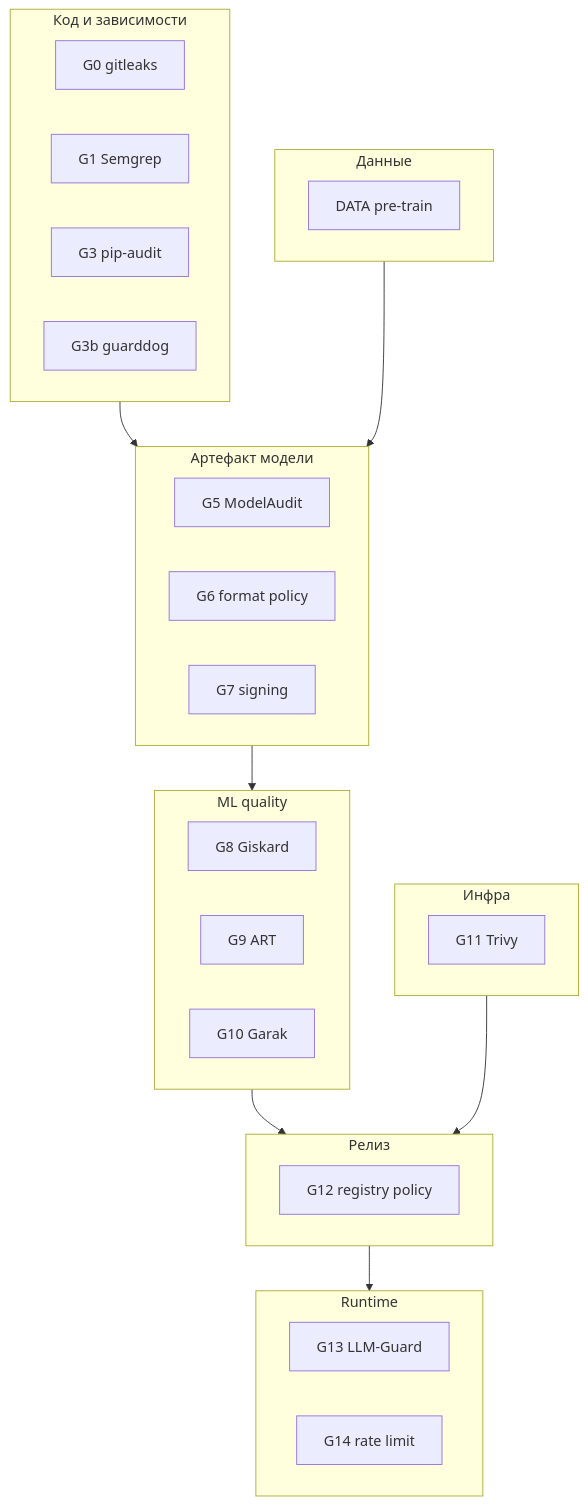
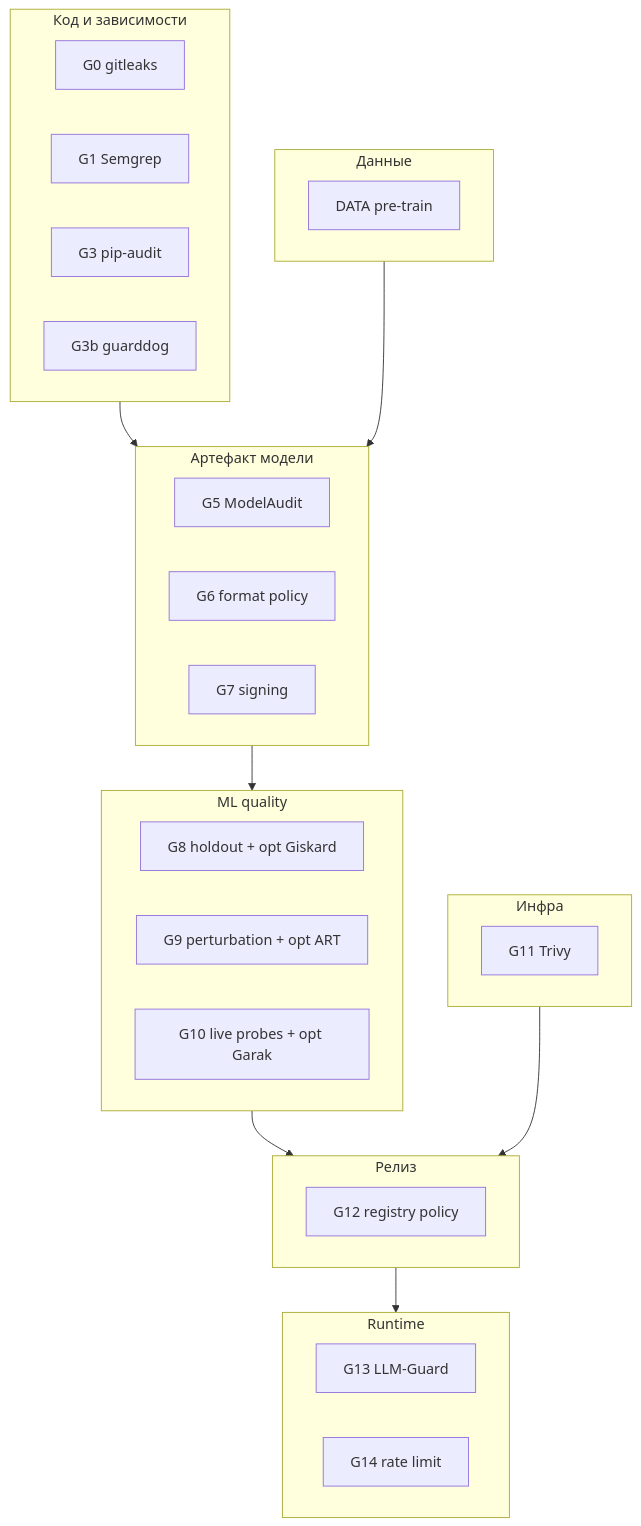
One commit to Ermakov764/Alfa_bank_MLSecOps changed the seventh of 10 diagrams in docs/architecture.md. Above: the diagram before and after it, drawn with Mermaid. The commit also changed other lines of this file and 10 other files, not shown here.

First line of the commit message:
docs: sync architecture and guides with current Docker stack

````diff
--- a/docs/architecture.md
+++ b/docs/architecture.md
@@ -275,45 +269,45 @@
 ```mermaid
 flowchart TB
   subgraph code [Код и зависимости]
     G0[G0 gitleaks]
     G1[G1 Semgrep]
     G3[G3 pip-audit]
     G3b[G3b guarddog]
   end
 
   subgraph dataset [Данные]
     DATA[DATA pre-train]
   end
 
   subgraph artifact [Артефакт модели]
     G5[G5 ModelAudit]
     G6[G6 format policy]
     G7[G7 signing]
   end
 
   subgraph quality [ML quality]
-    G8[G8 Giskard]
-    G9[G9 ART]
-    G10[G10 Garak]
+    G8[G8 holdout + opt Giskard]
+    G9[G9 perturbation + opt ART]
+    G10[G10 live probes + opt Garak]
   end
 
   subgraph infra [Инфра]
     G11[G11 Trivy]
   end
 
   subgraph release [Релиз]
     G12[G12 registry policy]
   end
 
   subgraph runtime [Runtime]
     G13[G13 LLM-Guard]
     G14[G14 rate limit]
   end
 
   code --> artifact
   dataset --> artifact
   artifact --> quality
   quality --> release
   infra --> release
   release --> runtime
 ```
````
